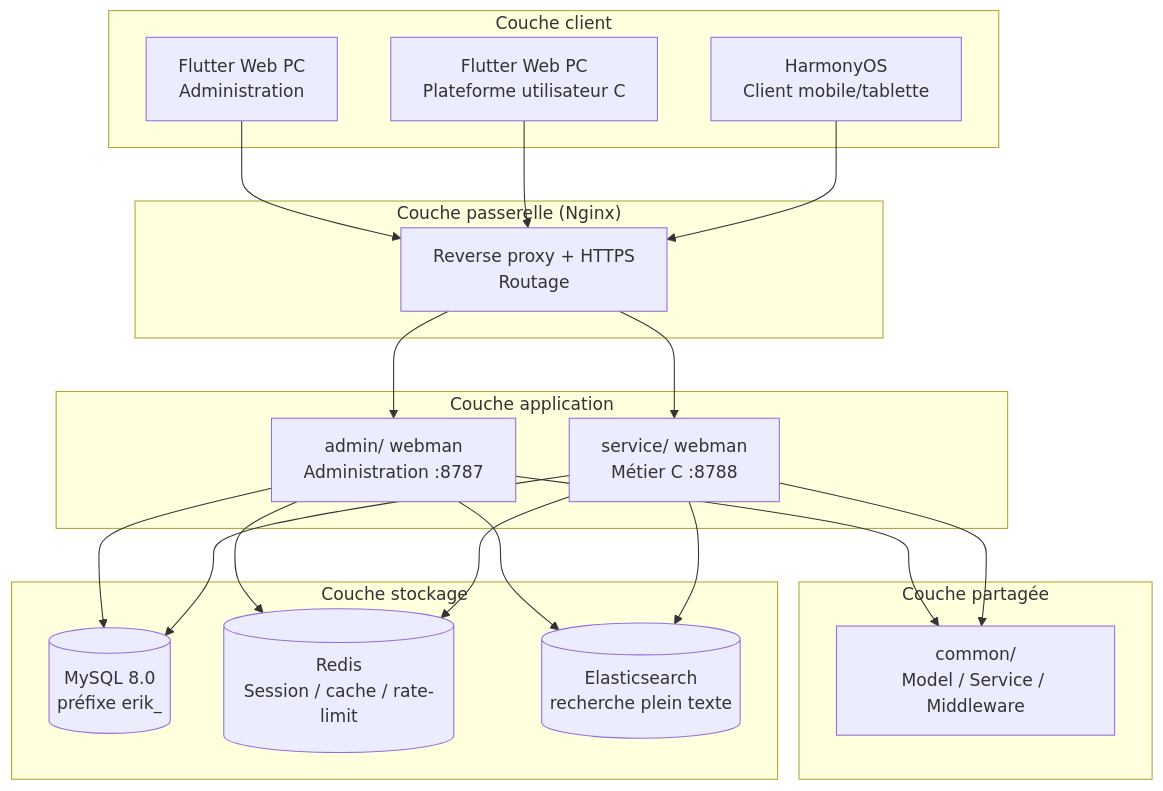
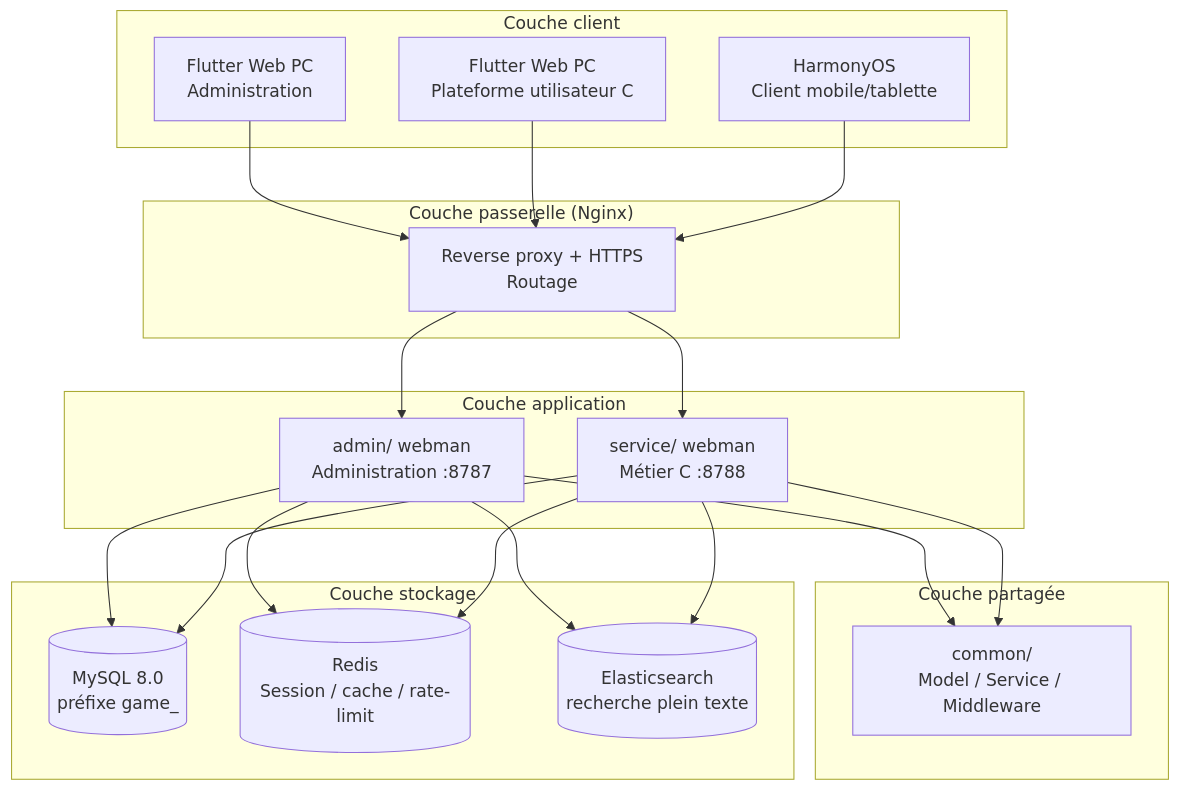
Before and after one commit to erikwang2013/game-platform-php: the first of 2 diagrams in admin/docs/superpowers/specs/2026-05-22-game-platform-design.fr.md, drawn with Mermaid. The commit also changed other lines of this file and 345 other files, not shown here.

````diff
--- a/admin/docs/superpowers/specs/2026-05-22-game-platform-design.fr.md
+++ b/admin/docs/superpowers/specs/2026-05-22-game-platform-design.fr.md
@@ -267,33 +267,33 @@
 ```mermaid
 flowchart TB
     subgraph "Couche client"
         A1["Flutter Web PC<br/>Administration"]
         A2["Flutter Web PC<br/>Plateforme utilisateur C"]
         A3["HarmonyOS<br/>Client mobile/tablette"]
     end
 
     subgraph "Couche passerelle (Nginx)"
         B1["Reverse proxy + HTTPS<br/>Routage"]
     end
 
     subgraph "Couche application"
         C1["admin/ webman<br/>Administration :8787"]
         C2["service/ webman<br/>Métier C :8788"]
     end
 
     subgraph "Couche partagée"
         D1["common/<br/>Model / Service / Middleware"]
     end
 
     subgraph "Couche stockage"
-        E1[("MySQL 8.0<br/>préfixe erik_")]
+        E1[("MySQL 8.0<br/>préfixe game_")]
         E2[("Redis<br/>Session / cache / rate-limit")]
         E3[("Elasticsearch<br/>recherche plein texte")]
     end
 
     A1 & A2 & A3 --> B1
     B1 --> C1
     B1 --> C2
     C1 & C2 --> D1
     C1 & C2 --> E1 & E2 & E3
 ```
````
